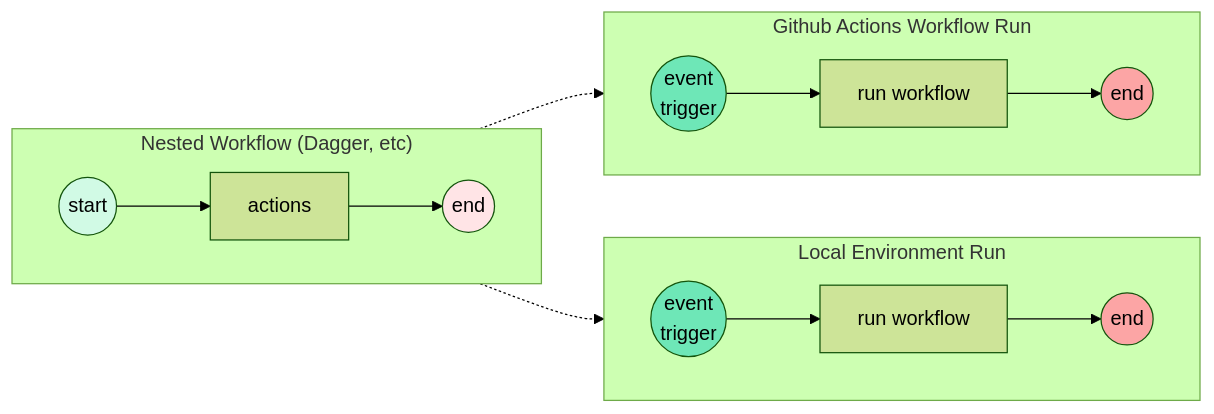
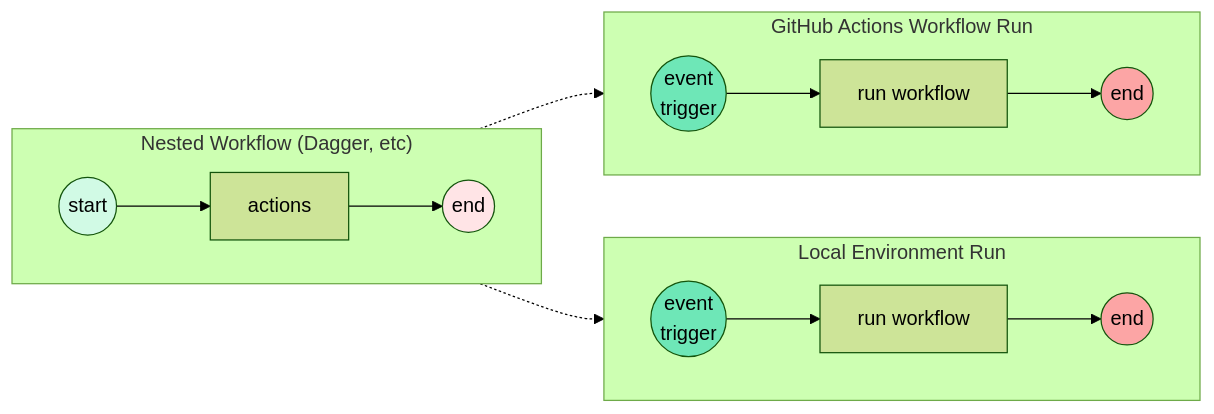
The fourth of 4 diagrams in _posts/2023-03-15-Automate-Software-Workflows-with-Github-Actions.md (CU-DBMI/set-website), drawn with Mermaid (forest theme) before and after one commit. The commit also changed other lines of this file, not shown here.

Commit message:
github capitalization

```diff
--- a/_posts/2023-03-15-Automate-Software-Workflows-with-Github-Actions.md
+++ b/_posts/2023-03-15-Automate-Software-Workflows-with-Github-Actions.md
@@ -98,36 +98,36 @@
 <pre class="mermaid">
 flowchart LR
 
   subgraph action ["Nested Workflow (Dagger, etc)"]
     direction LR
     actions
     start2((start)) --> actions
     actions --> en2((end))
     en2((end))
   end
   subgraph workflow2 [Local Environment Run]
     direction LR
     run2[run workflow]
     en3((end))
     start3((event\ntrigger))
   end
-  subgraph workflow [Github Actions Workflow Run]
+  subgraph workflow [GitHub Actions Workflow Run]
     direction LR
     start((event\ntrigger))
     run[run workflow]
     en((end))
   end
   
   start --> run
   start3 --> run2
   action -.-> run
   run --> en
   run2 --> en3
   action -.-> run2
   style start fill:#6EE7B7
   style start2 fill:#D1FAE5
   style start3 fill:#6EE7B7
   style en fill:#FCA5A5
   style en2 fill:#FFE4E6
   style en3 fill:#FCA5A5
 </pre>
```
